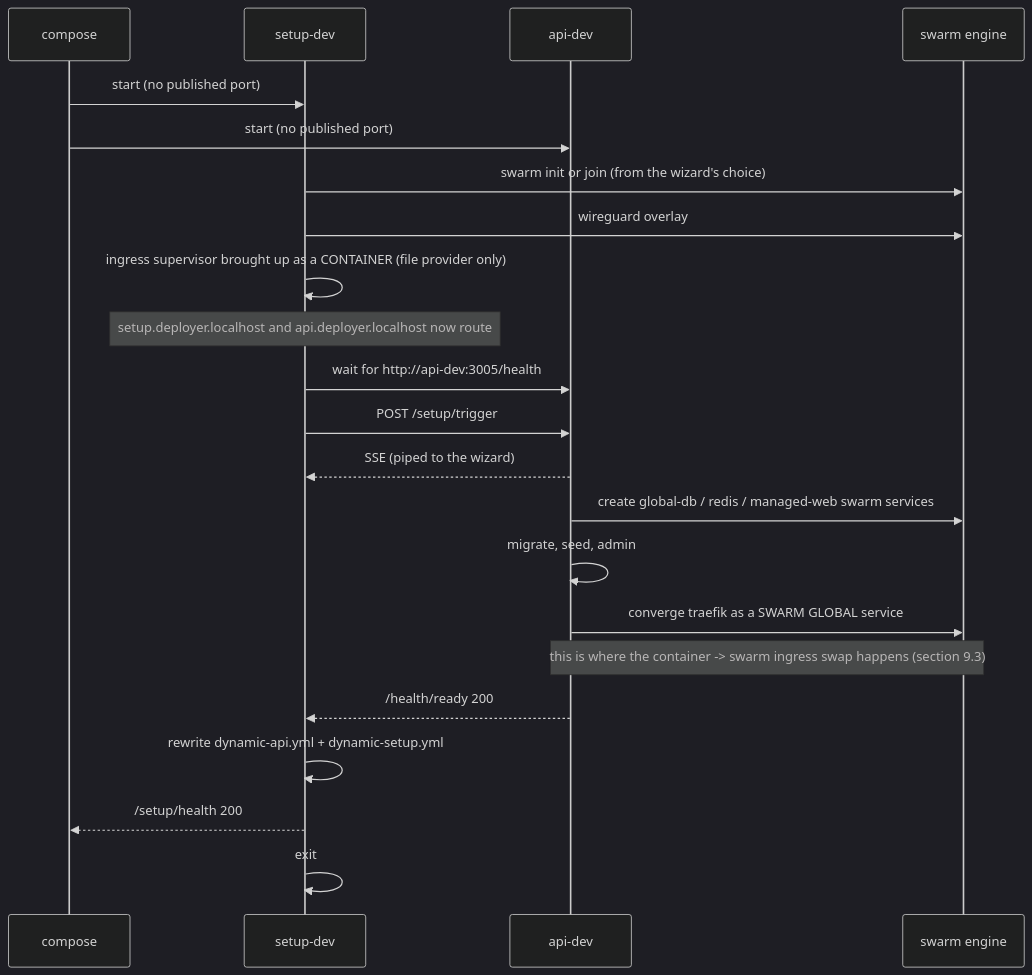
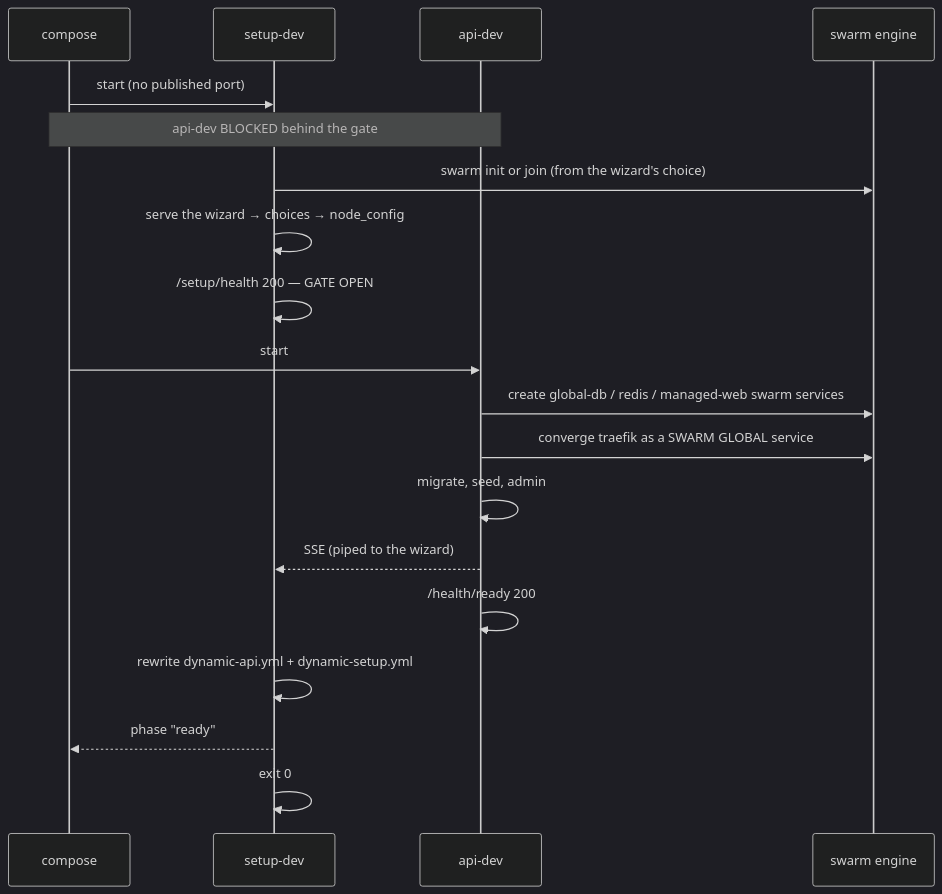
One commit to N0SAFE/deployer changed the fifth of 6 diagrams in docs/setup-app-refactor-plan.md. Above: the diagram before and after it, drawn with Mermaid (dark theme). The commit also changed other lines of this file and 40 other files, not shown here.

````diff
--- a/docs/setup-app-refactor-plan.md
+++ b/docs/setup-app-refactor-plan.md
@@ -1318,24 +1379,21 @@
 ```mermaid
 sequenceDiagram
   participant DC as compose
   participant S as setup-dev
   participant A as api-dev
   participant SW as swarm engine
   DC->>S: start (no published port)
-  DC->>A: start (no published port)
+  Note over DC,A: api-dev BLOCKED behind the gate
   S->>SW: swarm init or join (from the wizard's choice)
-  S->>SW: wireguard overlay
-  S->>S: ingress supervisor brought up as a CONTAINER (file provider only)
-  Note over S: setup.deployer.localhost and api.deployer.localhost now route
-  S->>A: wait for http://api-dev:3005/health
-  S->>A: POST /setup/trigger
+  S->>S: serve the wizard → choices → node_config
+  S->>S: /setup/health 200 — GATE OPEN
+  DC->>A: start
+  A->>SW: create global-db / redis / managed-web swarm services
+  A->>SW: converge traefik as a SWARM GLOBAL service
+  A->>A: migrate, seed, admin
   A-->>S: SSE (piped to the wizard)
-  A->>SW: create global-db / redis / managed-web swarm services
-  A->>A: migrate, seed, admin
-  A->>SW: converge traefik as a SWARM GLOBAL service
-  Note over A,SW: this is where the container -> swarm ingress swap happens (section 9.3)
-  A-->>S: /health/ready 200
+  A->>A: /health/ready 200
   S->>S: rewrite dynamic-api.yml + dynamic-setup.yml
-  S-->>DC: /setup/health 200
-  S->>S: exit
+  S-->>DC: phase "ready"
+  S->>S: exit 0
 ```
````
